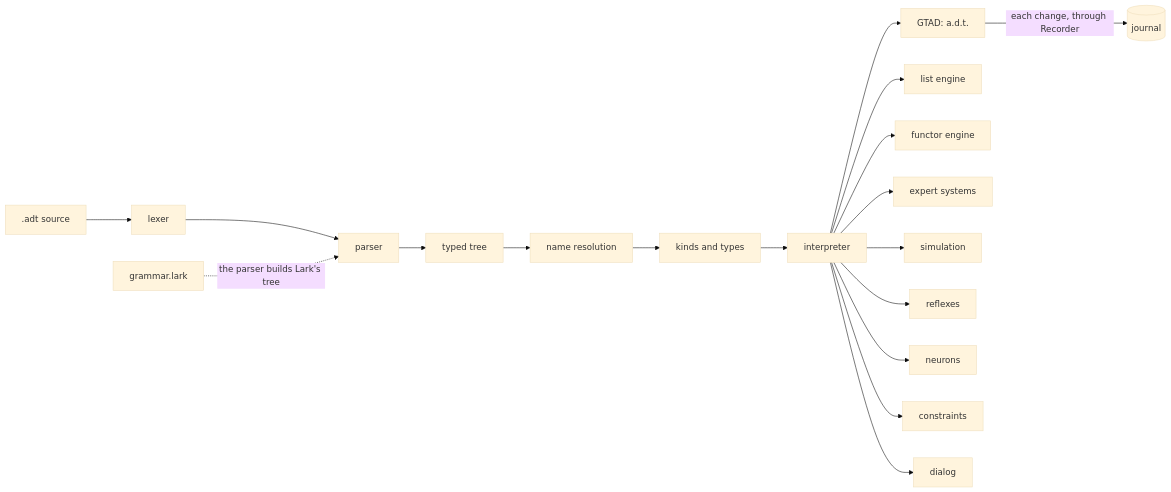
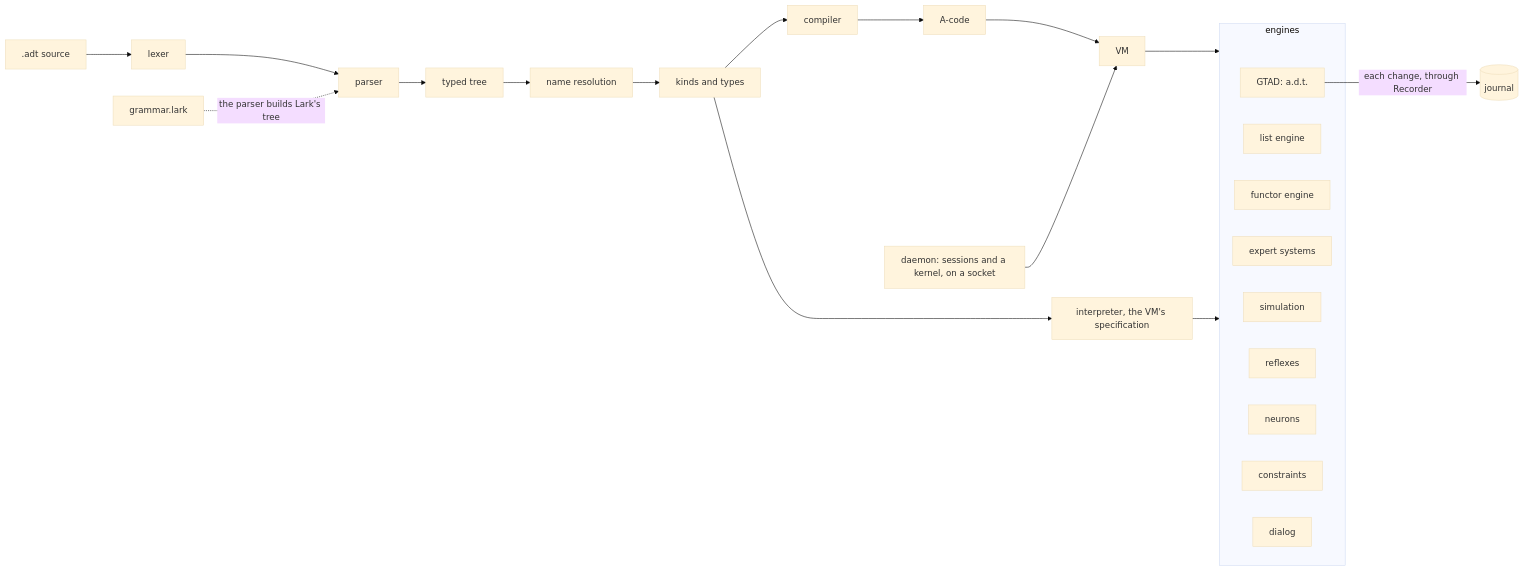
One commit to nrdufour/embryo-systems changed the first of 2 diagrams in README.md. Above: the diagram before and after it, drawn with Mermaid (base theme). The commit also changed other lines of this file and 14 other files, not shown here.

````diff
--- a/README.md
+++ b/README.md
@@ -72,17 +72,23 @@
 ```mermaid
 flowchart LR
     src[".adt source"] --> lexer --> parser --> lower["typed tree"]
     lower --> names["name resolution"] --> types["kinds and types"]
-    types --> interp[interpreter]
-    interp --> gtad["GTAD: a.d.t."]
-    interp --> lists["list engine"]
-    interp --> functors["functor engine"]
-    interp --> rules["expert systems"]
-    interp --> sim["simulation"]
-    interp --> reflexes["reflexes"]
-    interp --> neurons["neurons"]
-    interp --> constraints["constraints"]
-    interp --> dialog["dialog"]
+    types --> compiler --> acode["A-code"] --> vm["VM"]
+    types --> interp["interpreter, the VM's specification"]
+    daemon["daemon: sessions and a kernel, on a socket"] --> vm
+    vm --> engines
+    interp --> engines
+    subgraph engines
+        gtad["GTAD: a.d.t."]
+        lists["list engine"]
+        functors["functor engine"]
+        rules["expert systems"]
+        sim["simulation"]
+        reflexes["reflexes"]
+        neurons["neurons"]
+        constraints["constraints"]
+        dialog["dialog"]
+    end
     gtad -- "each change, through Recorder" --> journal[(journal)]
     grammar["grammar.lark"] -. "the parser builds Lark's tree" .-> parser
 ```
````
